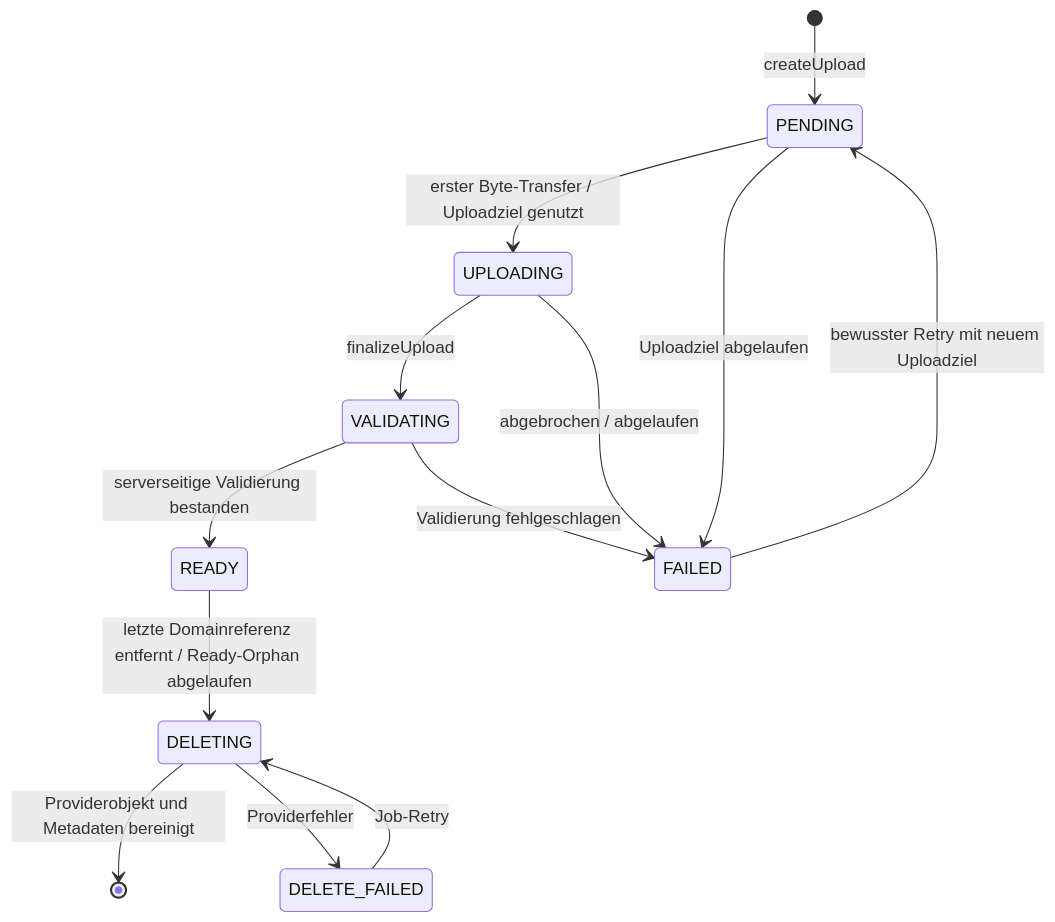
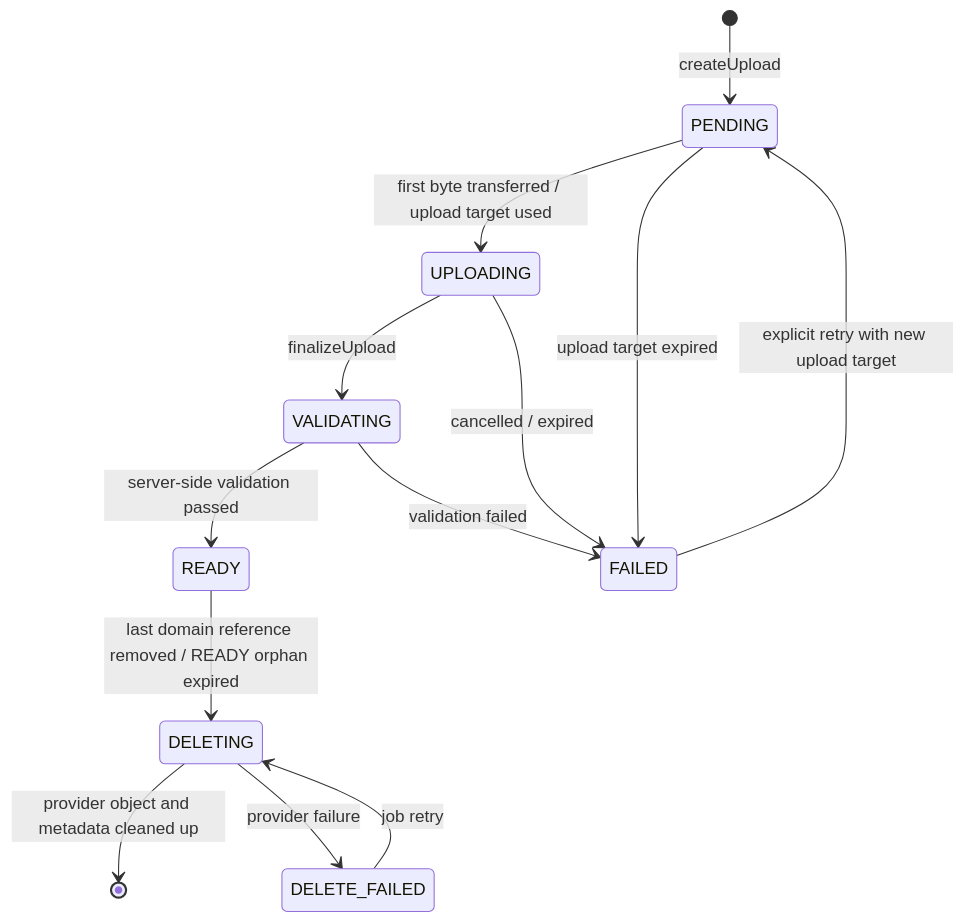
Before and after one commit to baerenmarke90/SideBySide-Next: the diagram in docs/m2/MEDIA-PIPELINE.md, drawn with Mermaid. The commit also changed other lines of this file, not shown here.

````diff
--- a/docs/m2/MEDIA-PIPELINE.md
+++ b/docs/m2/MEDIA-PIPELINE.md
@@ -10,15 +10,15 @@
 ```mermaid
 stateDiagram-v2
   [*] --> PENDING: createUpload
-  PENDING --> UPLOADING: erster Byte-Transfer / Uploadziel genutzt
+  PENDING --> UPLOADING: first byte transferred / upload target used
   UPLOADING --> VALIDATING: finalizeUpload
-  VALIDATING --> READY: serverseitige Validierung bestanden
-  VALIDATING --> FAILED: Validierung fehlgeschlagen
-  PENDING --> FAILED: Uploadziel abgelaufen
-  UPLOADING --> FAILED: abgebrochen / abgelaufen
-  FAILED --> PENDING: bewusster Retry mit neuem Uploadziel
-  READY --> DELETING: letzte Domainreferenz entfernt / Ready-Orphan abgelaufen
-  DELETING --> [*]: Providerobjekt und Metadaten bereinigt
-  DELETING --> DELETE_FAILED: Providerfehler
-  DELETE_FAILED --> DELETING: Job-Retry
+  VALIDATING --> READY: server-side validation passed
+  VALIDATING --> FAILED: validation failed
+  PENDING --> FAILED: upload target expired
+  UPLOADING --> FAILED: cancelled / expired
+  FAILED --> PENDING: explicit retry with new upload target
+  READY --> DELETING: last domain reference removed / READY orphan expired
+  DELETING --> [*]: provider object and metadata cleaned up
+  DELETING --> DELETE_FAILED: provider failure
+  DELETE_FAILED --> DELETING: job retry
 ```
````
